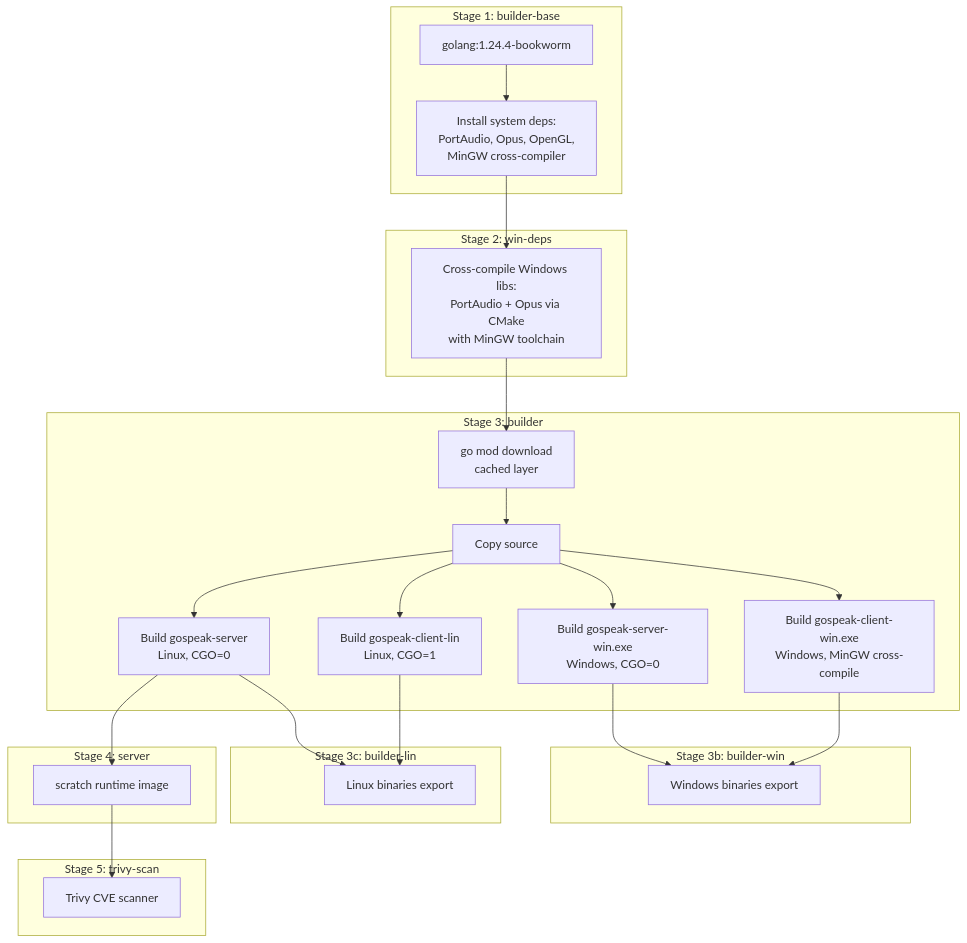
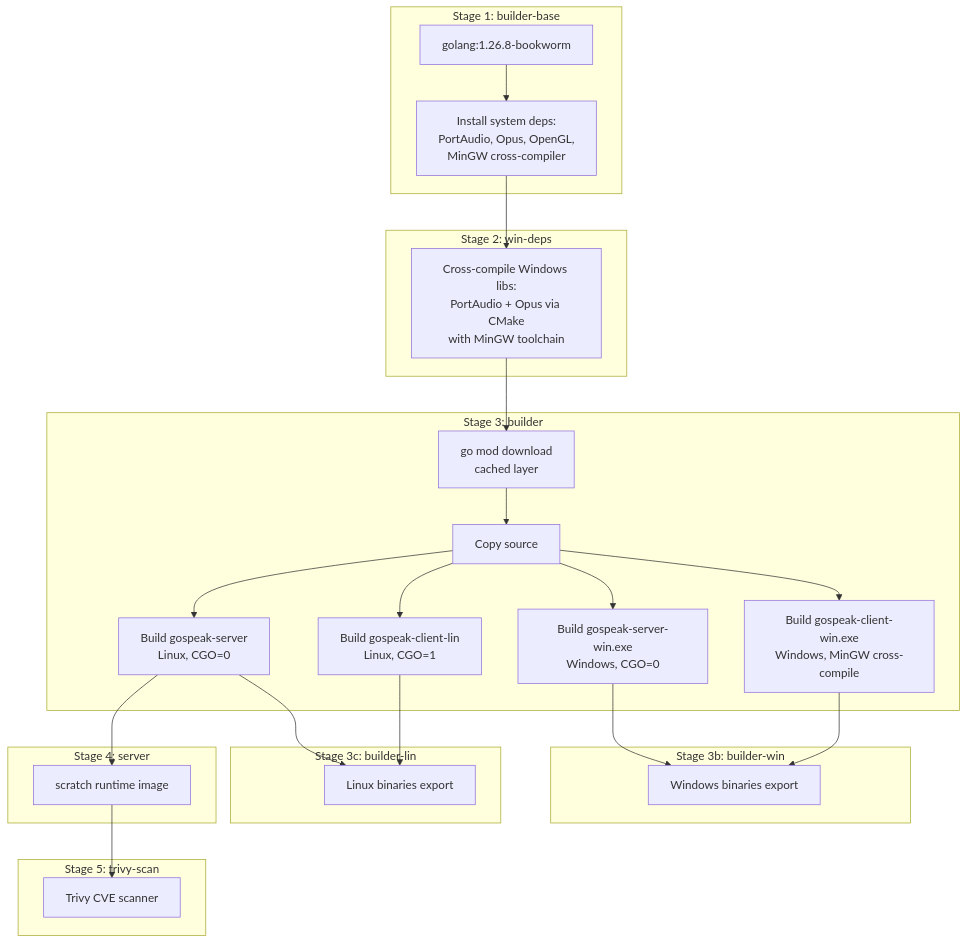
One commit to NicolasHaas/gospeak changed the diagram in docs/building.md. Above: the diagram before and after it, drawn with Mermaid. The commit also changed other lines of this file and 9 other files, not shown here.

````diff
--- a/docs/building.md
+++ b/docs/building.md
@@ -63,38 +63,38 @@
 ```mermaid
 graph TB
     subgraph "Stage 1: builder-base"
-        S1[golang:1.24.4-bookworm]
+        S1[golang:1.26.8-bookworm]
         S1 --> DEPS[Install system deps:<br/>PortAudio, Opus, OpenGL,<br/>MinGW cross-compiler]
     end
 
     subgraph "Stage 2: win-deps"
         DEPS --> CMAKE[Cross-compile Windows libs:<br/>PortAudio + Opus via CMake<br/>with MinGW toolchain]
     end
 
     subgraph "Stage 3: builder"
         CMAKE --> GOMOD[go mod download<br/>cached layer]
         GOMOD --> COPY[Copy source]
         COPY --> SRV_LIN[Build gospeak-server<br/>Linux, CGO=0]
         COPY --> SRV_WIN[Build gospeak-server-win.exe<br/>Windows, CGO=0]
         COPY --> CLI_LIN[Build gospeak-client-lin<br/>Linux, CGO=1]
         COPY --> CLI_WIN[Build gospeak-client-win.exe<br/>Windows, MinGW cross-compile]
     end
 
     subgraph "Stage 3b: builder-win"
         SRV_WIN --> RT_WIN[Windows binaries export]
         CLI_WIN --> RT_WIN
     end
 
     subgraph "Stage 3c: builder-lin"
         SRV_LIN --> RT_LIN[Linux binaries export]
         CLI_LIN --> RT_LIN
     end
 
     subgraph "Stage 4: server"
         SRV_LIN --> RT1[scratch runtime image]
     end
 
     subgraph "Stage 5: trivy-scan"
         RT1 --> TRIVY[Trivy CVE scanner]
     end
 ```
````
